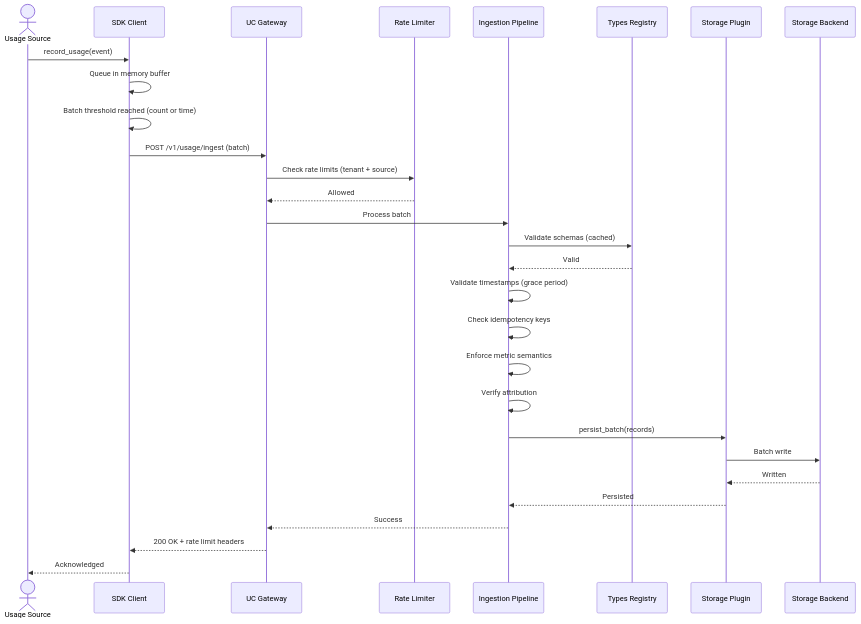
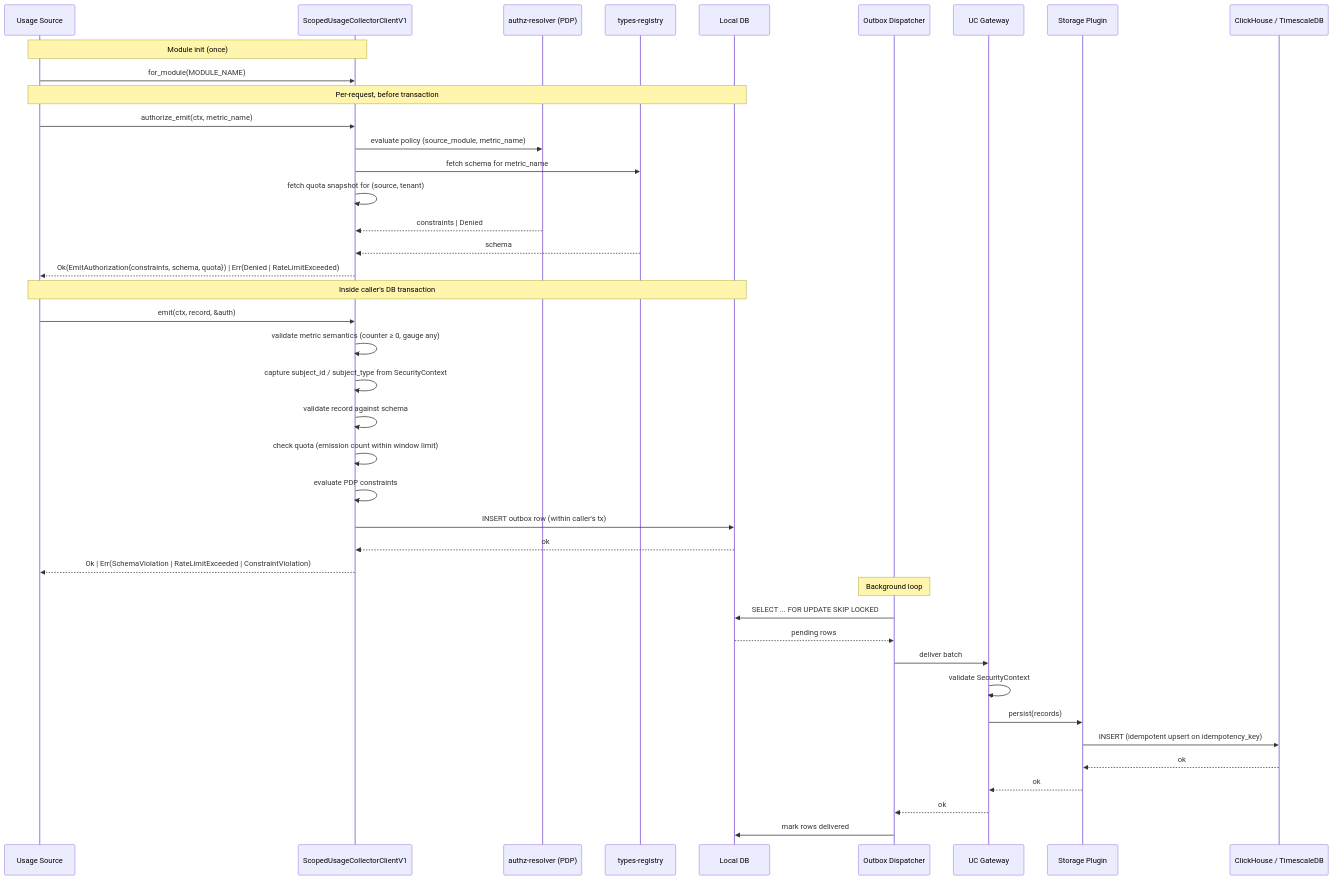
The second of 7 diagrams in modules/system/usage-collector/docs/DESIGN.md (capybutler/cyberfabric-core), drawn with Mermaid before and after one commit. The commit also changed other lines of this file and 5 other files, not shown here.

Commit message:
docs(usage_collector): use outbox pattern for usage delivery

````diff
--- a/modules/system/usage-collector/docs/DESIGN.md
+++ b/modules/system/usage-collector/docs/DESIGN.md
@@ -378,32 +538,47 @@
 ```mermaid
 sequenceDiagram
-    actor Source as Usage Source
-    participant SDK as SDK Client
+    participant App as Usage Source
+    participant SC as ScopedUsageCollectorClientV1
+    participant PDP as authz-resolver (PDP)
+    participant TR as types-registry
+    participant LDB as Local DB
+    participant Disp as Outbox Dispatcher
     participant GW as UC Gateway
-    participant RL as Rate Limiter
-    participant IP as Ingestion Pipeline
-    participant TR as Types Registry
-    participant SP as Storage Plugin
-    participant DB as Storage Backend
+    participant Plugin as Storage Plugin
+    participant DB as ClickHouse / TimescaleDB
 
-    Source->>SDK: record_usage(event)
-    SDK->>SDK: Queue in memory buffer
-    SDK->>SDK: Batch threshold reached (count or time)
-    SDK->>GW: POST /v1/usage/ingest (batch)
-    GW->>RL: Check rate limits (tenant + source)
-    RL-->>GW: Allowed
-    GW->>IP: Process batch
-    IP->>TR: Validate schemas (cached)
-    TR-->>IP: Valid
-    IP->>IP: Validate timestamps (grace period)
-    IP->>IP: Check idempotency keys
-    IP->>IP: Enforce metric semantics
-    IP->>IP: Verify attribution
-    IP->>SP: persist_batch(records)
-    SP->>DB: Batch write
-    DB-->>SP: Written
-    SP-->>IP: Persisted
-    IP-->>GW: Success
-    GW-->>SDK: 200 OK + rate limit headers
-    SDK-->>Source: Acknowledged
+    Note over App,SC: Module init (once)
+    App->>SC: for_module(MODULE_NAME)
+
+    Note over App,LDB: Per-request, before transaction
+    App->>SC: authorize_emit(ctx, metric_name)
+    SC->>PDP: evaluate policy (source_module, metric_name)
+    SC->>TR: fetch schema for metric_name
+    SC->>SC: fetch quota snapshot for (source, tenant)
+    PDP-->>SC: constraints | Denied
+    TR-->>SC: schema
+    SC-->>App: Ok(EmitAuthorization{constraints, schema, quota}) | Err(Denied | RateLimitExceeded)
+
+    Note over App,LDB: Inside caller's DB transaction
+    App->>SC: emit(ctx, record, &auth)
+    SC->>SC: validate metric semantics (counter ≥ 0, gauge any)
+    SC->>SC: capture subject_id / subject_type from SecurityContext
+    SC->>SC: validate record against schema
+    SC->>SC: check quota (emission count within window limit)
+    SC->>SC: evaluate PDP constraints
+    SC->>LDB: INSERT outbox row (within caller's tx)
+    LDB-->>SC: ok
+    SC-->>App: Ok | Err(SchemaViolation | RateLimitExceeded | ConstraintViolation)
+
+    Note over Disp: Background loop
+    Disp->>LDB: SELECT ... FOR UPDATE SKIP LOCKED
+    LDB-->>Disp: pending rows
+    Disp->>GW: deliver batch
+    GW->>GW: validate SecurityContext
+    GW->>Plugin: persist(records)
+    Plugin->>DB: INSERT (idempotent upsert on idempotency_key)
+    DB-->>Plugin: ok
+    Plugin-->>GW: ok
+    GW-->>Disp: ok
+    Disp->>LDB: mark rows delivered
 ```
````
